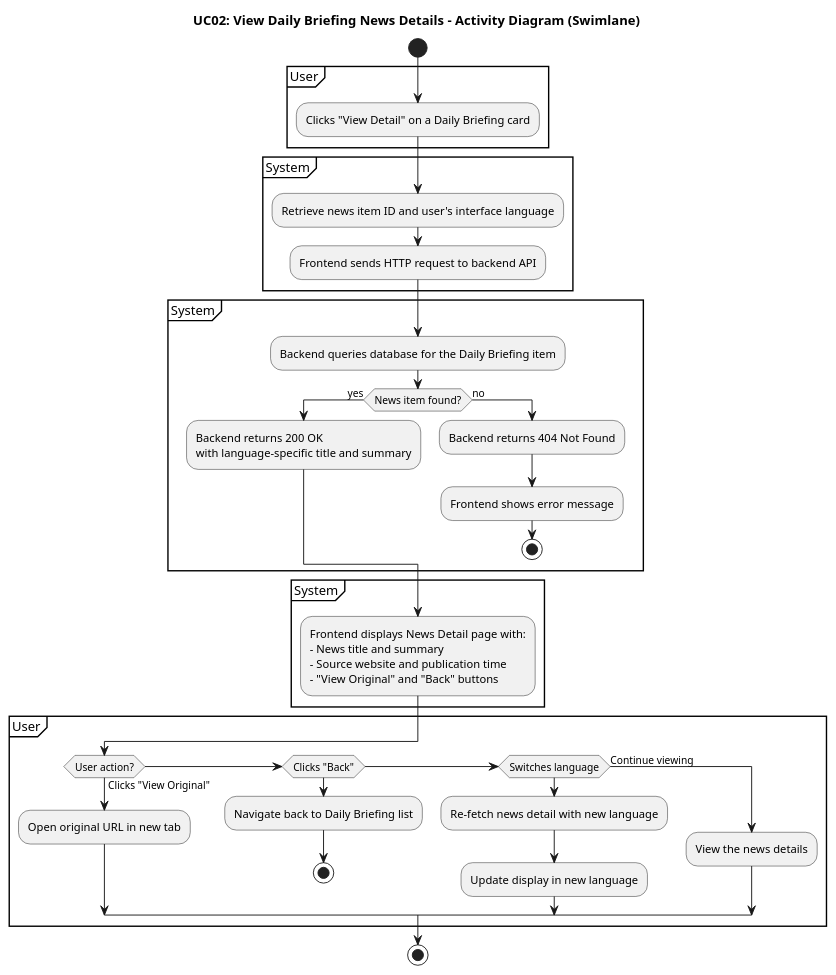
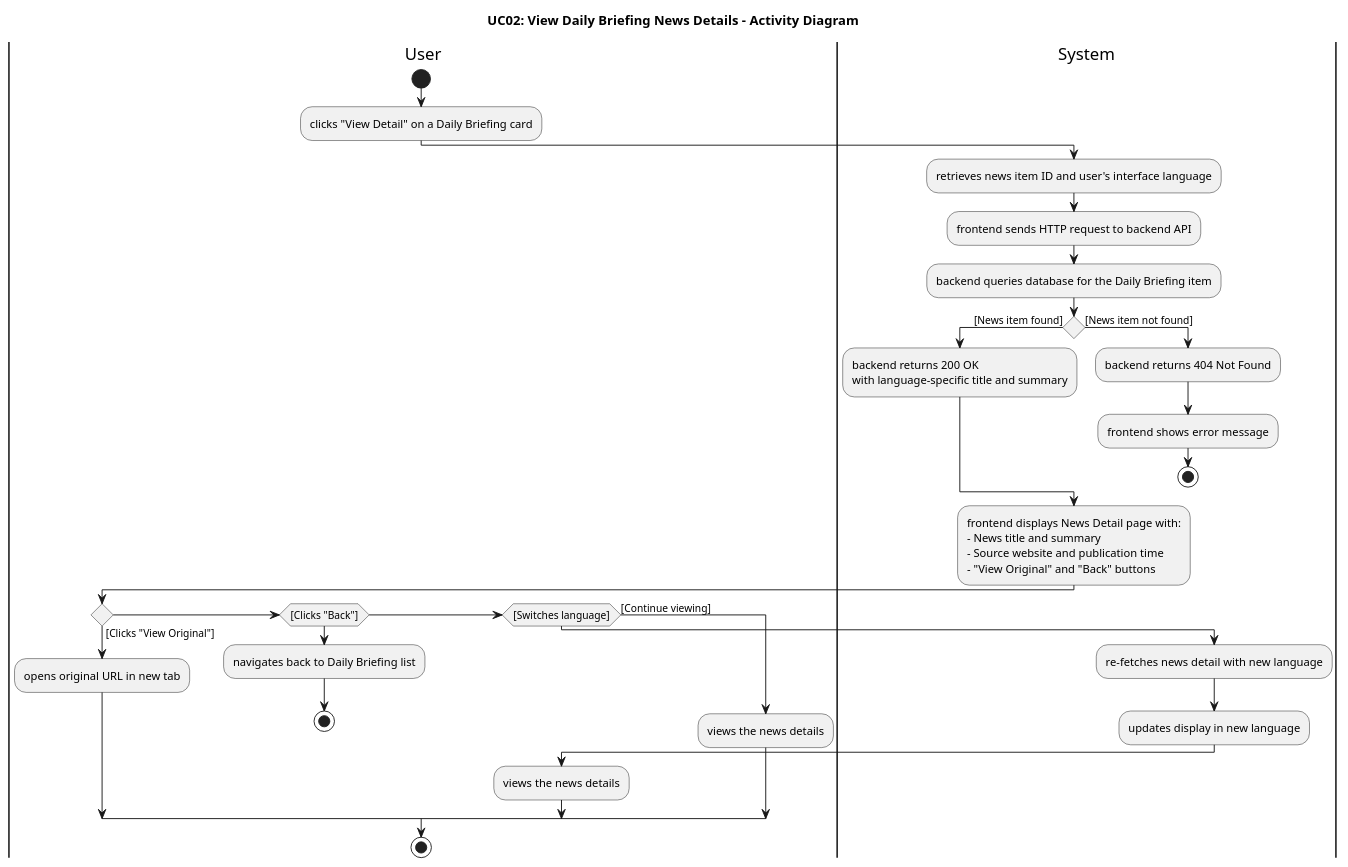
One commit to pzyllll/BridgeU changed the fifth of 27 diagrams in springboot-backend/BridgeU-SRS.md. Above: the diagram before and after it, drawn with PlantUML. The commit also changed other lines of this file and 5 other files, not shown here.

````diff
--- a/springboot-backend/BridgeU-SRS.md
+++ b/springboot-backend/BridgeU-SRS.md
@@ -650,48 +726,43 @@
 ```plantuml
 @startuml UC02_Activity_Diagram
-title UC02: View Daily Briefing News Details - Activity Diagram (Swimlane)
+title UC02: View Daily Briefing News Details - Activity Diagram
 
+|User|
 start
+:clicks "View Detail" on a Daily Briefing card;
 
-partition "User" {
-  :Clicks "View Detail" on a Daily Briefing card;
-}
+|System|
+:retrieves news item ID and user's interface language;
+:frontend sends HTTP request to backend API;
+:backend queries database for the Daily Briefing item;
 
-partition "System" {
-  :Retrieve news item ID and user's interface language;
-  :Frontend sends HTTP request to backend API;
-}
-
-partition "System" {
-  :Backend queries database for the Daily Briefing item;
-  if (News item found?) then (yes)
-    :Backend returns 200 OK\nwith language-specific title and summary;
-  else (no)
-    :Backend returns 404 Not Found;
-    :Frontend shows error message;
+if () then ([News item found])
+  :backend returns 200 OK\nwith language-specific title and summary;
+else ([News item not found])
+  :backend returns 404 Not Found;
+  :frontend shows error message;
     stop
   endif
-}
 
-partition "System" {
-  :Frontend displays News Detail page with:\n- News title and summary\n- Source website and publication time\n- "View Original" and "Back" buttons;
-}
+:frontend displays News Detail page with:\n- News title and summary\n- Source website and publication time\n- "View Original" and "Back" buttons;
 
-partition "User" {
-  if (User action?) then (Clicks "View Original")
-    :Open original URL in new tab;
-  elseif (Clicks "Back")
-    :Navigate back to Daily Briefing list;
-    stop
-  elseif (Switches language)
-    :Re-fetch news detail with new language;
-    :Update display in new language;
-  else (Continue viewing)
-    :View the news details;
+|User|
+if () then ([Clicks "View Original"])
+  :opens original URL in new tab;
+elseif ([Clicks "Back"])
+  :navigates back to Daily Briefing list;
+  stop
+elseif ([Switches language])
+  |System|
+  :re-fetches news detail with new language;
+  :updates display in new language;
+  |User|
+  :views the news details;
+else ([Continue viewing])
+  :views the news details;
   endif
-}
 
 stop
 
 @enduml
 ```
````
